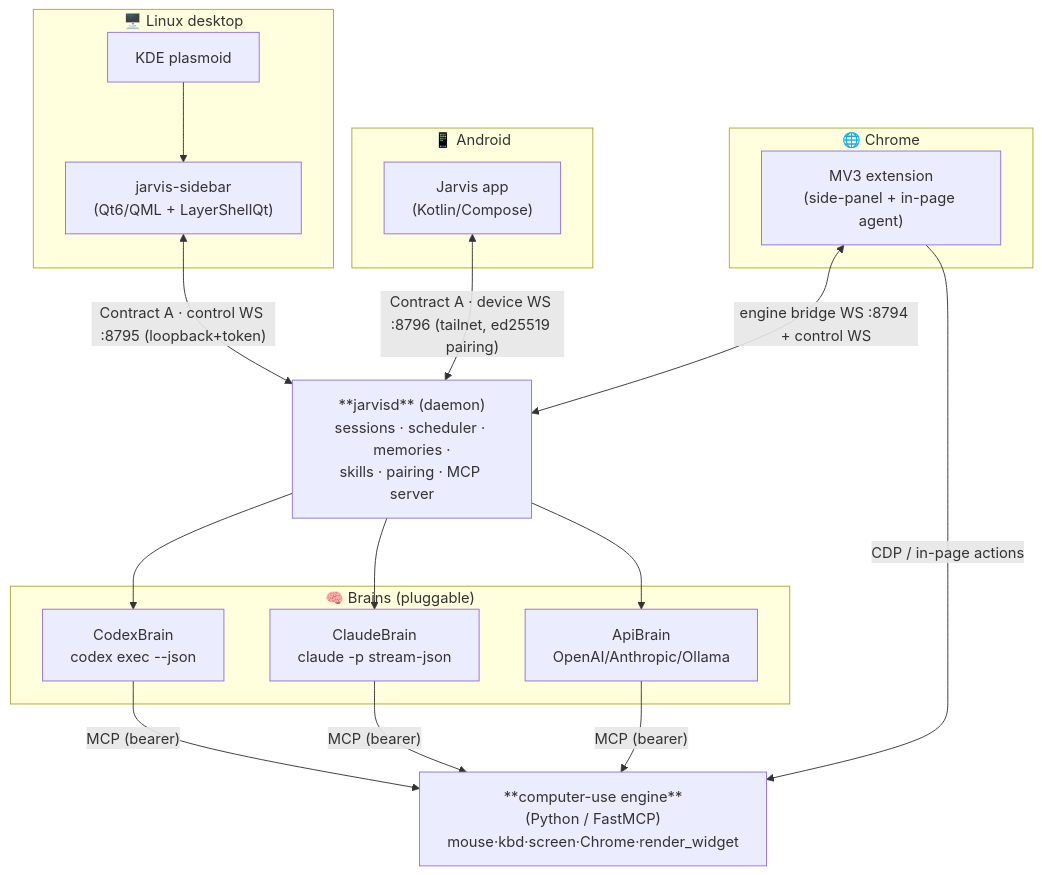
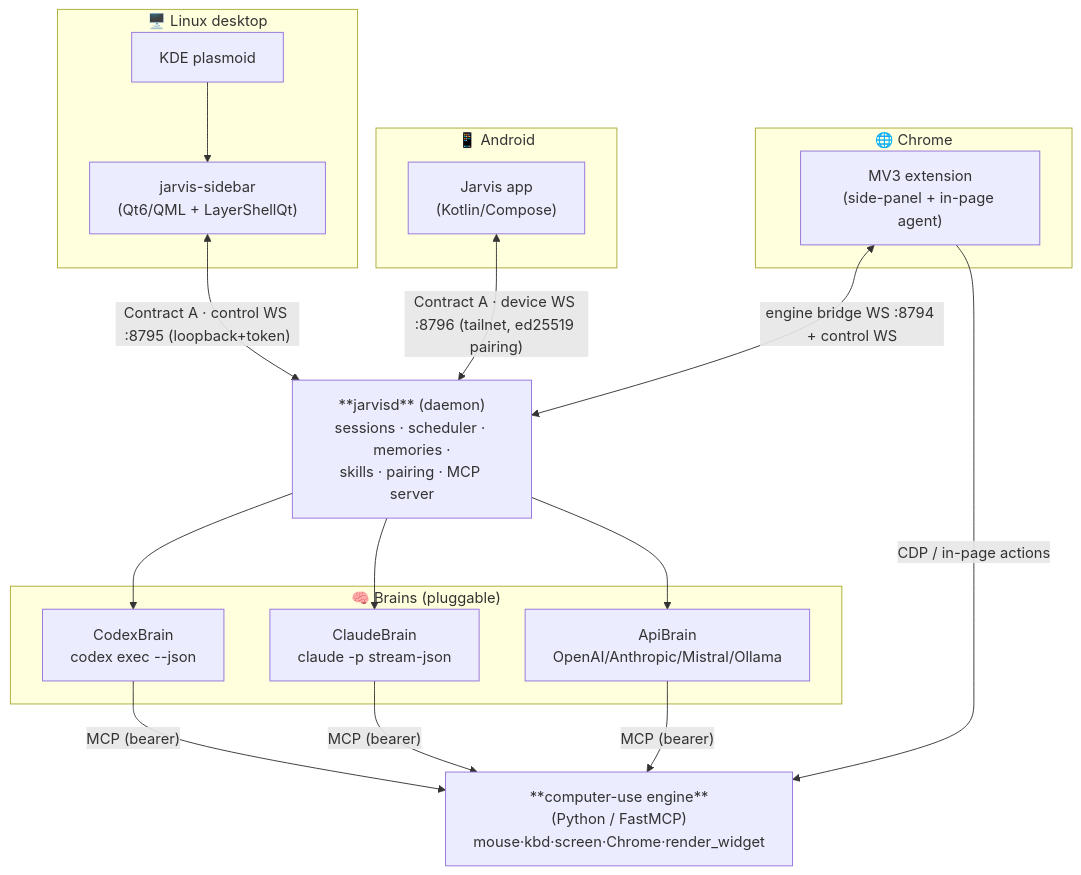
One commit to CrazyMan28/cindro changed the diagram in README.md. Above: the diagram before and after it, drawn with Mermaid. The commit also changed other lines of this file and 1 other file, not shown here.

First line of the commit message:
docs: proper professional README (badges, demo, the "why", roadmap)

````diff
--- a/README.md
+++ b/README.md
@@ -35,31 +74,31 @@
 ```mermaid
 flowchart TD
     subgraph Desktop["🖥️  Linux desktop"]
         SB["jarvis-sidebar<br/>(Qt6/QML + LayerShellQt)"]
         KDE["KDE plasmoid"]
     end
     subgraph Phone["📱  Android"]
         APP["Jarvis app<br/>(Kotlin/Compose)"]
     end
     subgraph Chrome["🌐  Chrome"]
         EXT["MV3 extension<br/>(side-panel + in-page agent)"]
     end
 
     DJ["**jarvisd** (daemon)<br/>sessions · scheduler · memories ·<br/>skills · pairing · MCP server"]
 
     subgraph Brains["🧠  Brains (pluggable)"]
         CX["CodexBrain<br/>codex exec --json"]
         CL["ClaudeBrain<br/>claude -p stream-json"]
-        API["ApiBrain<br/>OpenAI/Anthropic/Ollama"]
+        API["ApiBrain<br/>OpenAI/Anthropic/Mistral/Ollama"]
     end
 
     ENG["**computer-use engine**<br/>(Python / FastMCP)<br/>mouse·kbd·screen·Chrome·render_widget"]
 
     SB    <-->|"Contract A · control WS :8795 (loopback+token)"| DJ
     KDE   --> SB
     APP   <-->|"Contract A · device WS :8796 (tailnet, ed25519 pairing)"| DJ
     EXT   <-->|"engine bridge WS :8794 + control WS"| DJ
     DJ    --> CX & CL & API
     CX & CL & API -->|"MCP (bearer)"| ENG
     EXT   -->|"CDP / in-page actions"| ENG
 ```
````
